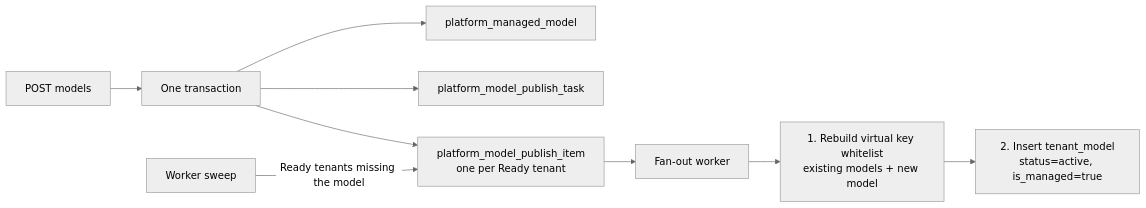
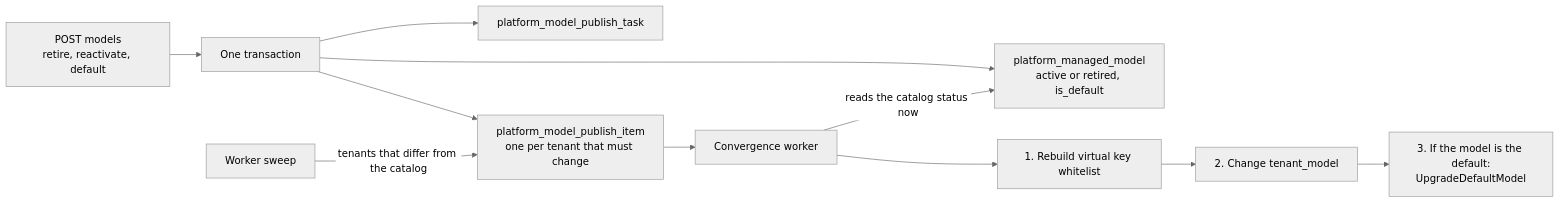
The fourth of 8 diagrams in extensions/model-platform/implementation-plan.md (Sanderhoff-alt/oh-my-ragflow), drawn with Mermaid (neutral theme) before and after one commit. The commit also changed other lines of this file and 4 other files, not shown here.

First line of the commit message:
feat(model-platform): add the managed models admin page and docs

````diff
--- a/extensions/model-platform/implementation-plan.md
+++ b/extensions/model-platform/implementation-plan.md
@@ -385,11 +385,13 @@
 ```mermaid
 flowchart LR
-    Admin["POST models"] --> Tx["One transaction"]
-    Tx --> Cat["platform_managed_model"]
+    Admin["POST models<br>retire, reactivate, default"] --> Tx["One transaction"]
+    Tx --> Cat["platform_managed_model<br>active or retired, is_default"]
     Tx --> Task["platform_model_publish_task"]
-    Tx --> Items["platform_model_publish_item<br>one per Ready tenant"]
-    Sweep["Worker sweep"] -->|"Ready tenants missing the model"| Items
-    Items --> Worker["Fan-out worker"]
-    Worker --> GW["1. Rebuild virtual key whitelist<br>existing models + new model"]
-    GW --> DB["2. Insert tenant_model<br>status=active, is_managed=true"]
+    Tx --> Items["platform_model_publish_item<br>one per tenant that must change"]
+    Sweep["Worker sweep"] -->|"tenants that differ from the catalog"| Items
+    Items --> Worker["Convergence worker"]
+    Worker -->|"reads the catalog status now"| Cat
+    Worker --> GW["1. Rebuild virtual key whitelist"]
+    GW --> DB["2. Change tenant_model"]
+    DB --> Def["3. If the model is the default:<br>UpgradeDefaultModel"]
 ```
````
